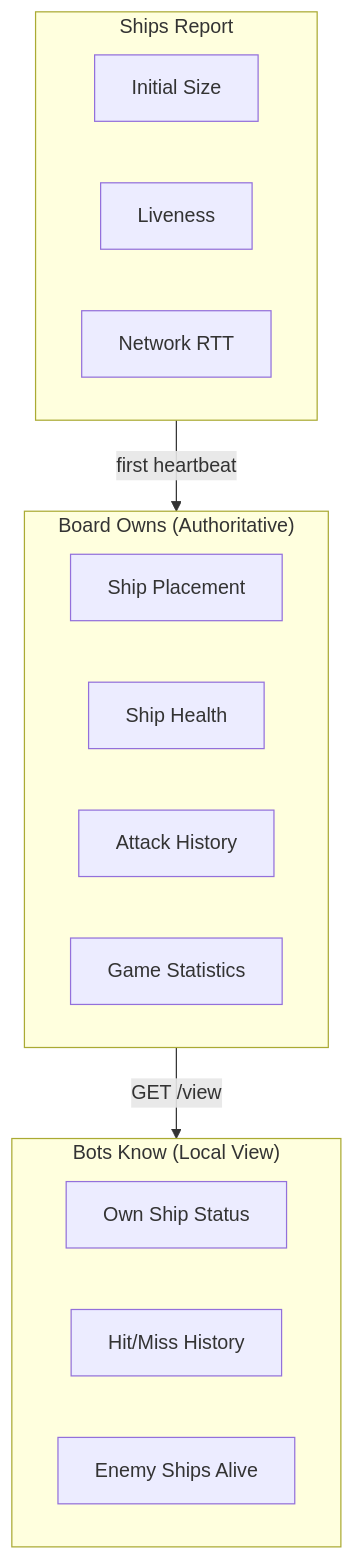
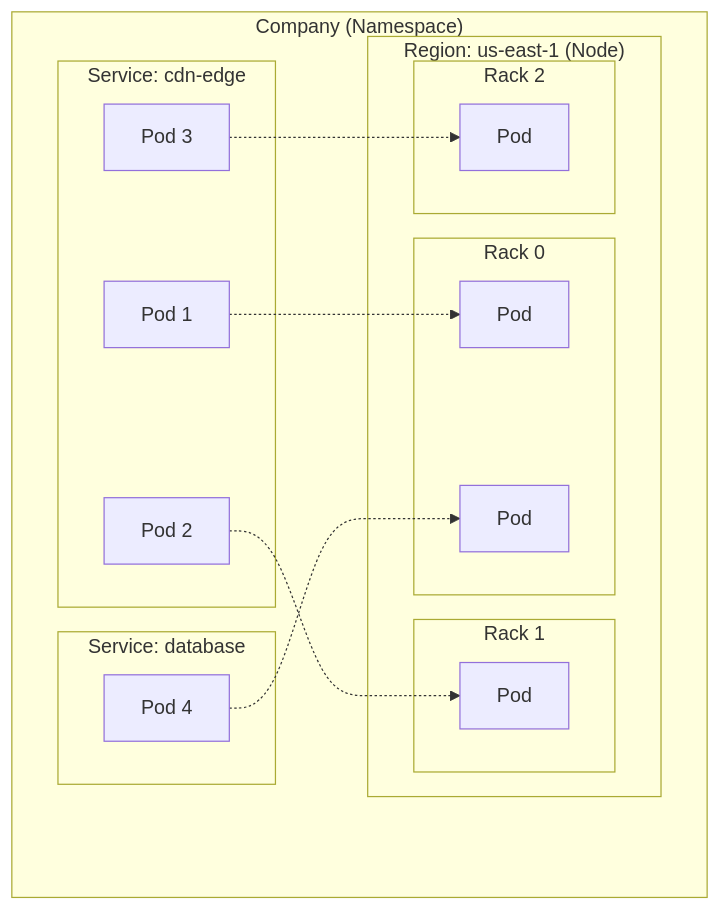
Before and after one commit to ndg8743/ClusterShip: the fourth of 13 diagrams in README.md, drawn with Mermaid. The commit also changed other lines of this file and 26 other files, not shown here.

````diff
--- a/README.md
+++ b/README.md
@@ -149,24 +179,32 @@
 ```mermaid
 flowchart TB
-    subgraph BoardOwns["Board Owns (Authoritative)"]
-        Placement["Ship Placement"]
-        Health["Ship Health"]
-        Attacks["Attack History"]
-        Stats["Game Statistics"]
+    subgraph Company["Company (Namespace)"]
+        subgraph Service1["Service: cdn-edge"]
+            Pod1["Pod 1"]
+            Pod2["Pod 2"]
+            Pod3["Pod 3"]
+        end
+
+        subgraph Service2["Service: database"]
+            Pod4["Pod 4"]
+        end
+
+        subgraph Region1["Region: us-east-1 (Node)"]
+            subgraph Rack1["Rack 0"]
+                R1P1["Pod"]
+                R1P2["Pod"]
+            end
+            subgraph Rack2["Rack 1"]
+                R2P1["Pod"]
+            end
+            subgraph Rack3["Rack 2"]
+                R3P1["Pod"]
+            end
+        end
     end
 
-    subgraph ShipReports["Ships Report"]
-        Size["Initial Size"]
-        Heartbeat["Liveness"]
-        Latency["Network RTT"]
-    end
-
-    subgraph BotKnows["Bots Know (Local View)"]
-        OwnShips["Own Ship Status"]
-        AttackResults["Hit/Miss History"]
-        EnemyCount["Enemy Ships Alive"]
-    end
-
-    ShipReports -->|"first heartbeat"| BoardOwns
-    BoardOwns -->|"GET /view"| BotKnows
+    Pod1 -.-> R1P1
+    Pod2 -.-> R2P1
+    Pod3 -.-> R3P1
+    Pod4 -.-> R1P2
 ```
````
